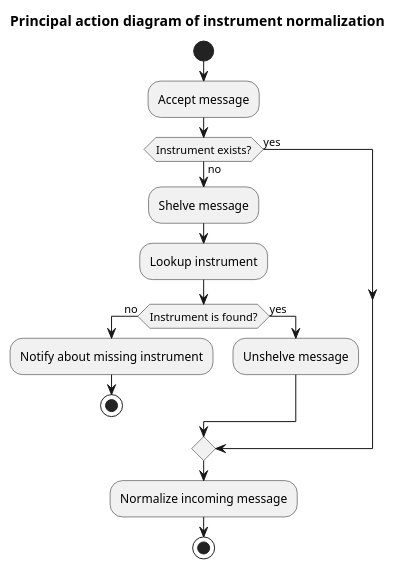
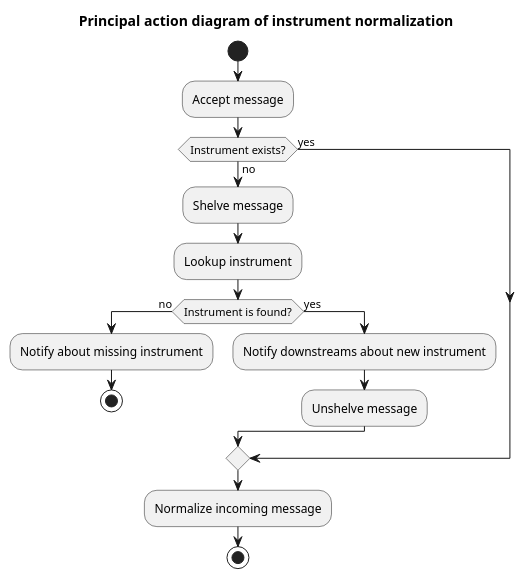
One commit to limitium/istrument-normalizer changed the diagram in docs/design/src/2 Design/2-1 Action diagram/context.puml. Above: the diagram before and after it, drawn with PlantUML. The commit also changed 33 other files, not shown here.

```diff
--- a/docs/design/src/2 Design/2-1 Action diagram/context.puml
+++ b/docs/design/src/2 Design/2-1 Action diagram/context.puml
@@ -1,18 +1,19 @@
 @startuml
 title Principal action diagram of instrument normalization
 start
 :Accept message;
 if (Instrument exists?) then (no)
     :Shelve message;
     :Lookup instrument;
     if (Instrument is found?) then (no)
         :Notify about missing instrument;
         STOP
     else (yes)
-        :Unshelve message; 
+        :Notify downstreams about new instrument;
+        :Unshelve message;
     endif 
 else (yes)    
 endif
 :Normalize incoming message;
 STOP
 @enduml
```
